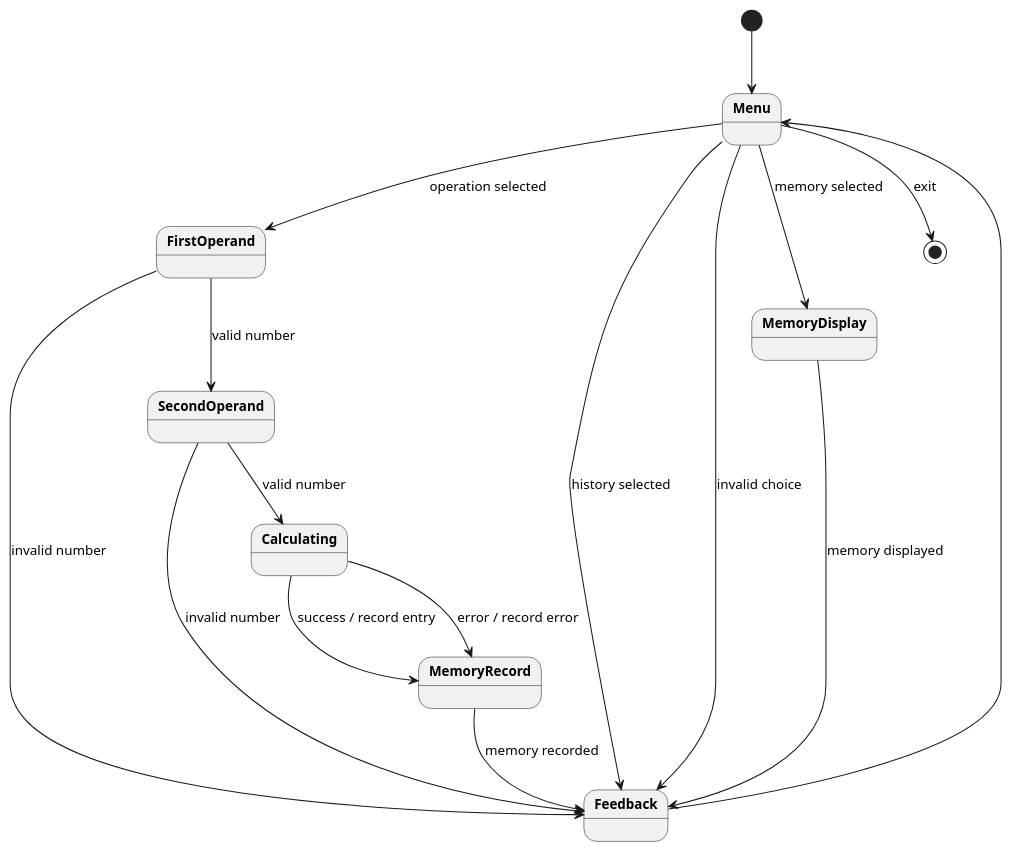
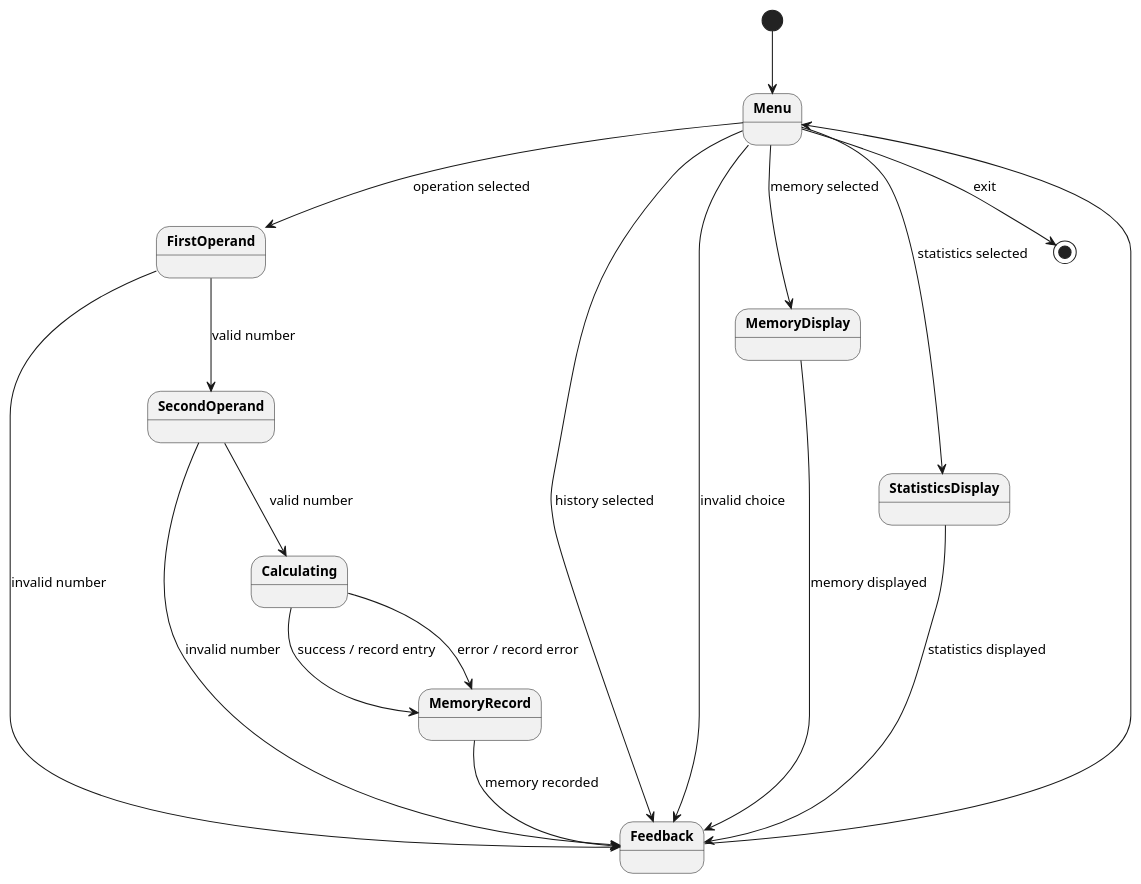
Before and after one commit to DanielRiha8906/Software_autoevolution_using_agents: the diagram in experiments/supervisor_as_tools/user_stories/calculator/artifacts/state_diagram_interactive.puml, drawn with PlantUML. The commit also changed 14 other files, not shown here.

```diff
--- a/experiments/supervisor_as_tools/user_stories/calculator/artifacts/state_diagram_interactive.puml
+++ b/experiments/supervisor_as_tools/user_stories/calculator/artifacts/state_diagram_interactive.puml
@@ -1,31 +1,34 @@
 @startuml
 
 skinparam defaultFontSize 13
 skinparam stateFontStyle bold
 
 top to bottom direction
 
 [*] --> Menu
 
 Menu --> FirstOperand : operation selected
 Menu --> Feedback : history selected
 Menu --> MemoryDisplay : memory selected
+Menu --> StatisticsDisplay : statistics selected
 Menu --> Feedback : invalid choice
 Menu --> [*] : exit
 
 FirstOperand --> SecondOperand : valid number
 FirstOperand --> Feedback : invalid number
 
 SecondOperand --> Calculating : valid number
 SecondOperand --> Feedback : invalid number
 
 Calculating --> MemoryRecord : success / record entry
 Calculating --> MemoryRecord : error / record error
 
 MemoryRecord --> Feedback : memory recorded
 
 MemoryDisplay --> Feedback : memory displayed
 
+StatisticsDisplay --> Feedback : statistics displayed
+
 Feedback --> Menu
 
 @enduml
```
